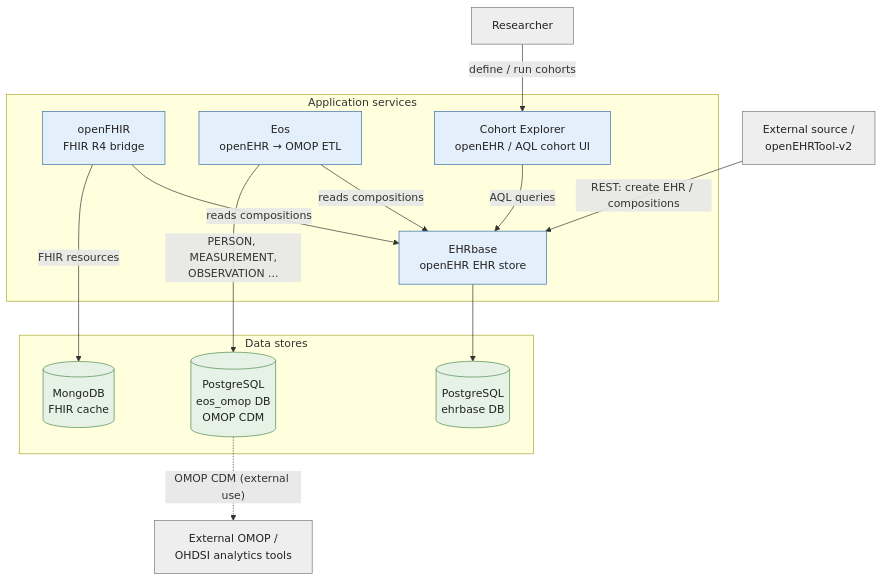
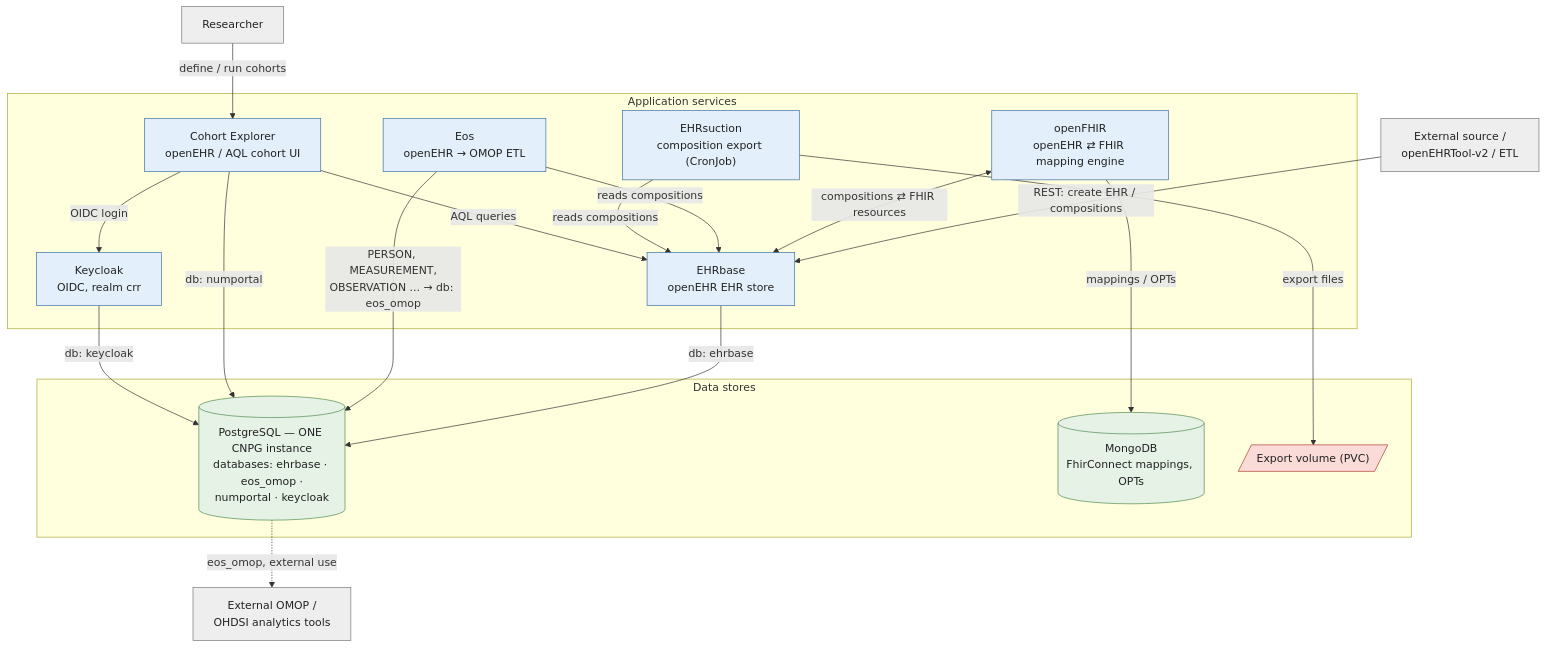
One commit to AltarisV/OHS-Open-Health-Stack changed the diagram in README.md. Above: the diagram before and after it, drawn with Mermaid. The commit also changed other lines of this file and 36 other files, not shown here.

````diff
--- a/README.md
+++ b/README.md
@@ -25,34 +24,42 @@
 ```mermaid
 flowchart TB
-    src["External source /<br/>openEHRTool-v2"]:::ext
+    src["External source /<br/>openEHRTool-v2 / ETL"]:::ext
 
     subgraph apps["Application services"]
         ehrbase["EHRbase<br/>openEHR EHR store"]:::app
-        openfhir["openFHIR<br/>FHIR R4 bridge"]:::app
+        openfhir["openFHIR<br/>openEHR ⇄ FHIR mapping engine"]:::app
         eos["Eos<br/>openEHR → OMOP ETL"]:::app
+        ehrsuction["EHRsuction<br/>composition export (CronJob)"]:::app
         cohort["Cohort Explorer<br/>openEHR / AQL cohort UI"]:::app
+        keycloak["Keycloak<br/>OIDC, realm crr"]:::app
     end
 
     subgraph data["Data stores"]
-        pg_ehr[("PostgreSQL<br/>ehrbase DB")]:::db
-        mongo[("MongoDB<br/>FHIR cache")]:::db
-        pg_omop[("PostgreSQL<br/>eos_omop DB<br/>OMOP CDM")]:::db
+        pg[("PostgreSQL — ONE CNPG instance<br/>databases: ehrbase · eos_omop ·<br/>numportal · keycloak")]:::db
+        mongo[("MongoDB<br/>FhirConnect mappings, OPTs")]:::db
+        exportvol[/"Export volume (PVC)"/]:::secret
     end
 
     analyst["Researcher"]:::ext
     omoptools["External OMOP /<br/>OHDSI analytics tools"]:::ext
 
     src -->|"REST: create EHR / compositions"| ehrbase
-    ehrbase --> pg_ehr
-    openfhir -->|"reads compositions"| ehrbase
-    openfhir -->|"FHIR resources"| mongo
+    ehrbase -->|"db: ehrbase"| pg
+    openfhir <-->|"compositions ⇄ FHIR resources"| ehrbase
+    openfhir -->|"mappings / OPTs"| mongo
     eos -->|"reads compositions"| ehrbase
-    eos -->|"PERSON, MEASUREMENT,<br/>OBSERVATION ..."| pg_omop
+    eos -->|"PERSON, MEASUREMENT,<br/>OBSERVATION ... → db: eos_omop"| pg
+    ehrsuction -->|"reads compositions"| ehrbase
+    ehrsuction -->|"export files"| exportvol
     cohort -->|"AQL queries"| ehrbase
+    cohort -->|"db: numportal"| pg
+    cohort -->|"OIDC login"| keycloak
+    keycloak -->|"db: keycloak"| pg
     analyst -->|"define / run cohorts"| cohort
-    pg_omop -.->|"OMOP CDM (external use)"| omoptools
+    pg -.->|"eos_omop, external use"| omoptools
 
     classDef ext fill:#eeeeee,stroke:#777777,color:#222;
     classDef app fill:#e3effa,stroke:#3b6ea5,color:#222;
     classDef db  fill:#e6f2e6,stroke:#4f8a4f,color:#222;
+    classDef secret fill:#fadbd8,stroke:#b03a2e,color:#222;
 ```
````
